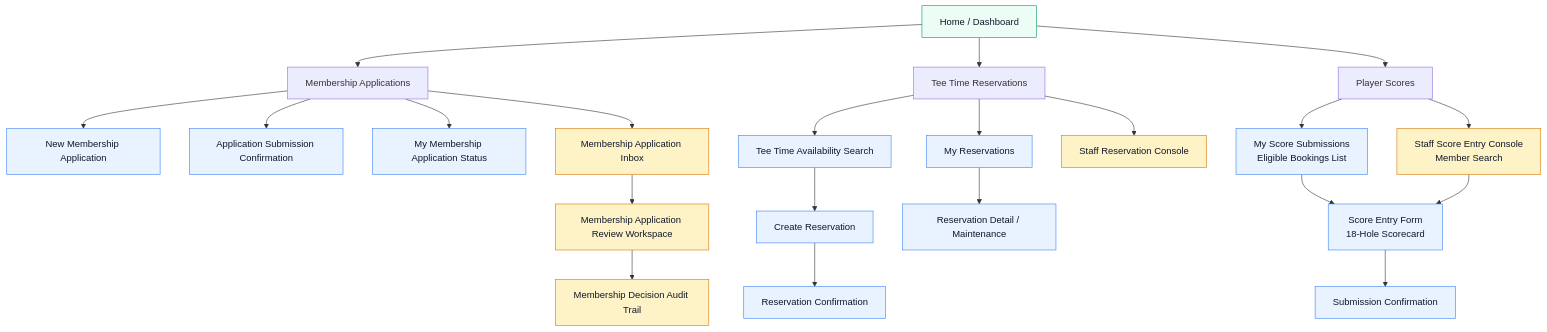
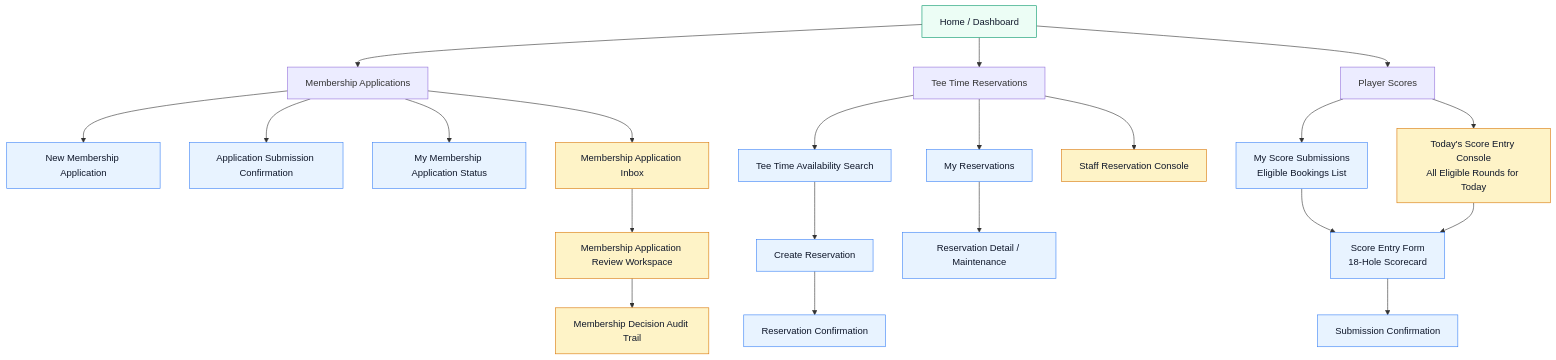
One commit to alwon1/ClubBaist-test changed the first of 3 diagrams in docs/30-ui-planning/02-proposed-ui-diagrams.md. Above: the diagram before and after it, drawn with Mermaid. The commit also changed 1 other file, not shown here.

Commit message:
docs: revise UI design based on feedback — no front/back 9 split, clerk day-view console
- Remove front/back 9 grouping from scorecard wireframe; all 18 holes in a
  single continuous row with one TOTAL column
- Replace clerk member-search flow with Today's Score Entry Console: shows
  all eligible rounds for the current day without a member-search step
- Add B3b wireframe for the clerk console day-level view
- Update site map label to match new clerk console name
- Confirmation page now shows context-appropriate return action for each actor

https://claude.ai/code/session_019QAL96MsxVeZxPMJbt9SHh

````diff
--- a/docs/30-ui-planning/02-proposed-ui-diagrams.md
+++ b/docs/30-ui-planning/02-proposed-ui-diagrams.md
@@ -7,34 +7,34 @@
 ```mermaid
 flowchart TD
     A[Home / Dashboard] --> B[Membership Applications]
     A --> C[Tee Time Reservations]
     A --> D[Player Scores]
 
     B --> B1[New Membership Application]
     B --> B2[Application Submission Confirmation]
     B --> B3[My Membership Application Status]
     B --> B4[Membership Application Inbox]
     B4 --> B5[Membership Application Review Workspace]
     B5 --> B6[Membership Decision Audit Trail]
 
     C --> C1[Tee Time Availability Search]
     C1 --> C2[Create Reservation]
     C2 --> C3[Reservation Confirmation]
     C --> C4[My Reservations]
     C4 --> C5[Reservation Detail / Maintenance]
     C --> C6[Staff Reservation Console]
 
     D --> D1[My Score Submissions\nEligible Bookings List]
     D1 --> D2[Score Entry Form\n18-Hole Scorecard]
     D2 --> D3[Submission Confirmation]
-    D --> D4[Staff Score Entry Console\nMember Search]
+    D --> D4[Today's Score Entry Console\nAll Eligible Rounds for Today]
     D4 --> D2
 
     classDef member fill:#E8F3FF,stroke:#3B82F6,color:#0F172A;
     classDef admin fill:#FEF3C7,stroke:#D97706,color:#0F172A;
     classDef shared fill:#ECFDF5,stroke:#059669,color:#0F172A;
 
     class A shared;
     class B1,B2,B3,C1,C2,C3,C4,C5,D1,D2,D3 member;
     class B4,B5,B6,C6,D4 admin;
 ```
````
